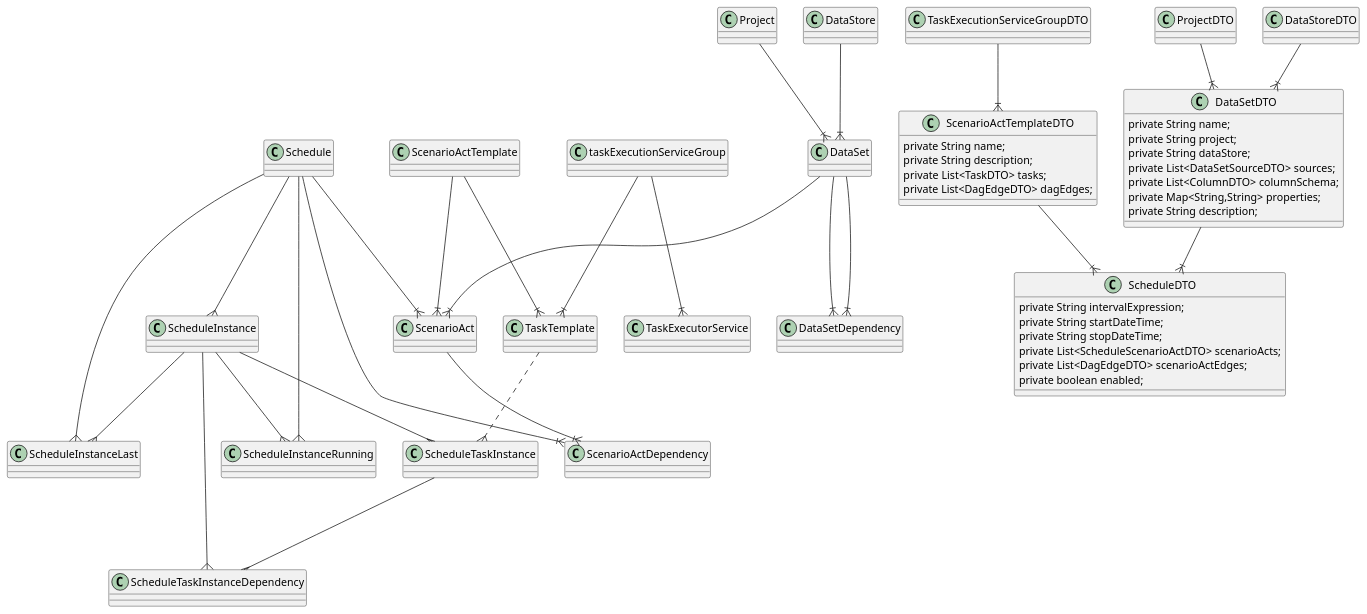
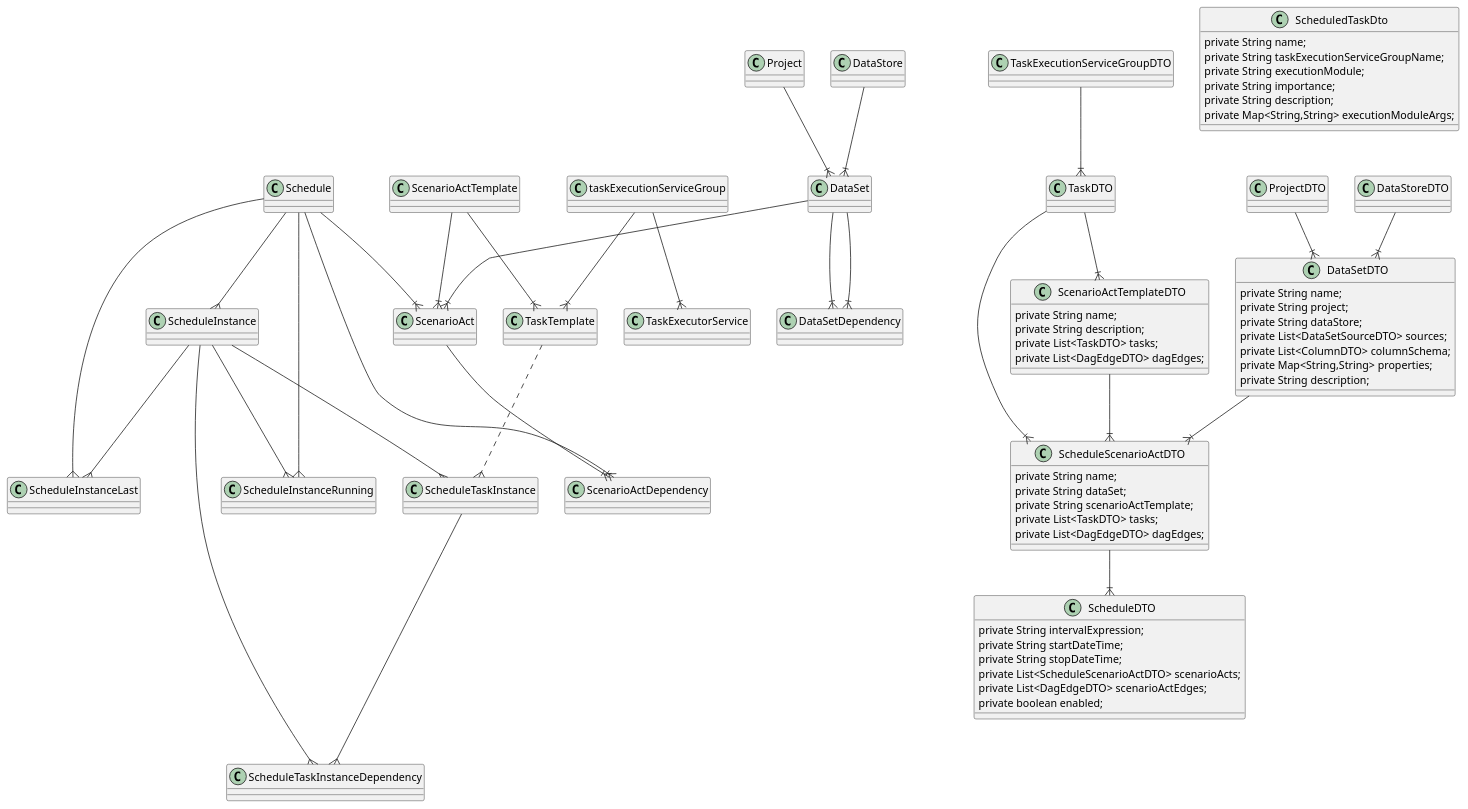
The diagram in doc/entities_design/Entities.puml (zaytsevdmitry/lakehouse), drawn with PlantUML before and after one commit. The commit also changed 546 other files, not shown here.

```diff
--- a/doc/entities_design/Entities.puml
+++ b/doc/entities_design/Entities.puml
@@ -1,61 +1,80 @@
 @startuml
 'https://plantuml.com/class-diagram
 
 Project --|{ DataSet
 DataStore --|{ DataSet
 
 ScenarioActTemplate --|{ TaskTemplate
 ScenarioActTemplate --|{ ScenarioAct
 DataSet --|{ ScenarioAct
 Schedule --|{ ScenarioAct
 Schedule --|{ ScenarioActDependency
 ScenarioAct --|{ ScenarioActDependency
 
 DataSet --|{ DataSetDependency
 DataSet --|{ DataSetDependency
 
 taskExecutionServiceGroup  --|{ TaskTemplate
 taskExecutionServiceGroup --|{ TaskExecutorService
 Schedule --{ ScheduleInstance
 Schedule --{ ScheduleInstanceLast
 Schedule --{ ScheduleInstanceRunning
 TaskTemplate ..{ ScheduleTaskInstance
 ScheduleInstance --{ ScheduleTaskInstance
 ScheduleInstance --{ ScheduleInstanceLast
 ScheduleInstance --{ ScheduleInstanceRunning
 ScheduleInstance ---{ ScheduleTaskInstanceDependency
 ScheduleTaskInstance---{ ScheduleTaskInstanceDependency
 
 class DataSetDTO{
     private String name;
     private String project;
     private String dataStore;
     private List<DataSetSourceDTO> sources;
     private List<ColumnDTO> columnSchema;
     private Map<String,String> properties;
     private String description;
 
 }
-
+class ScheduleScenarioActDTO{
+    private String name;
+    private String dataSet;
+    private String scenarioActTemplate;
+    private List<TaskDTO> tasks;
+    private List<DagEdgeDTO> dagEdges;    
+}
 class ScheduleDTO{
     private String intervalExpression;
     private String startDateTime;
     private String stopDateTime;
     private List<ScheduleScenarioActDTO> scenarioActs;
     private List<DagEdgeDTO> scenarioActEdges;
     private boolean enabled;
 }
 
 class ScenarioActTemplateDTO{
     private String name;
     private String description;
     private List<TaskDTO> tasks;
     private List<DagEdgeDTO> dagEdges;
 }
 
+class ScheduledTaskDto{
+    private String name;
+    private String taskExecutionServiceGroupName;
+    private String executionModule;
+    private String importance;
+    private String description;
+    private Map<String,String> executionModuleArgs;
+}
+
 ProjectDTO --|{ DataSetDTO
 DataStoreDTO --|{ DataSetDTO
-DataSetDTO --|{ ScheduleDTO
-ScenarioActTemplateDTO --|{ ScheduleDTO
-TaskExecutionServiceGroupDTO  --|{ ScenarioActTemplateDTO
+
+ScheduleScenarioActDTO --|{ ScheduleDTO
+ScenarioActTemplateDTO --|{ ScheduleScenarioActDTO
+TaskExecutionServiceGroupDTO  --|{ TaskDTO
+TaskDTO--|{ ScheduleScenarioActDTO
+TaskDTO--|{ ScenarioActTemplateDTO
+DataSetDTO --|{ ScheduleScenarioActDTO
 @enduml
```
